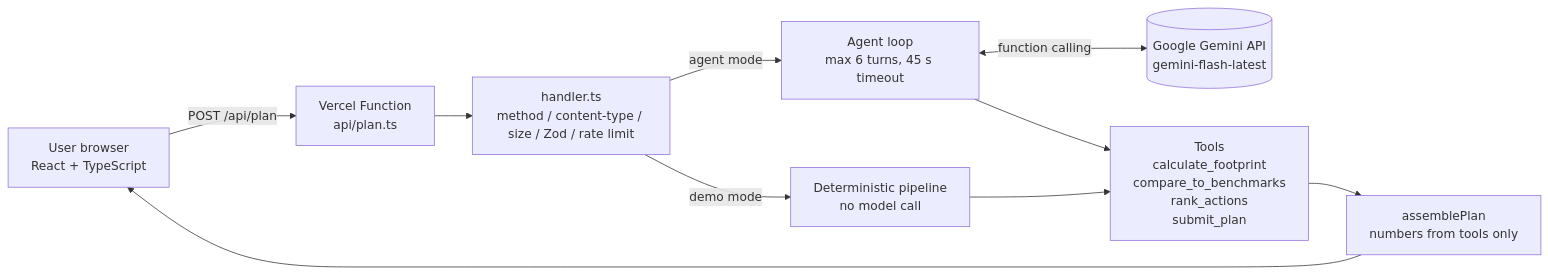
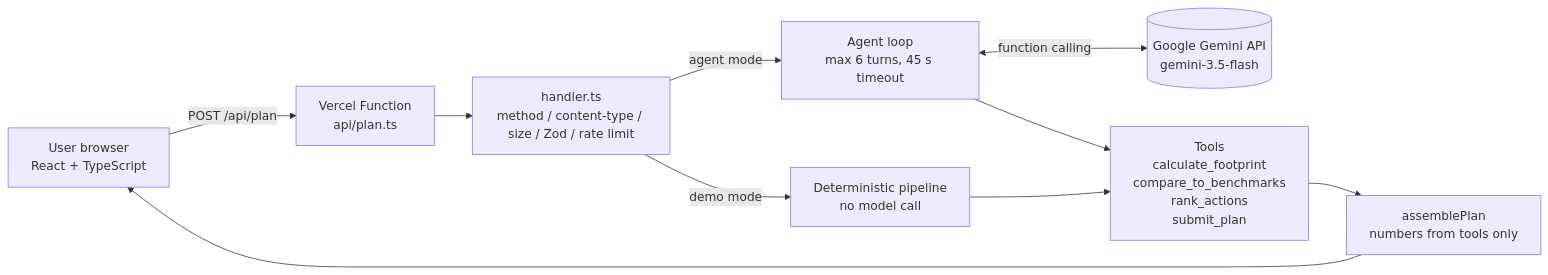
One commit to chinmaymeshram1-wq/promptwar changed the diagram in README.md. Above: the diagram before and after it, drawn with Mermaid. The commit also changed other lines of this file and 2 other files, not shown here.

First line of the commit message:
fix: pin gemini-3.5-flash after benchmarking the full agent

````diff
--- a/README.md
+++ b/README.md
@@ -51,12 +51,12 @@
 ```mermaid
 flowchart LR
     U[User browser<br/>React + TypeScript] -- POST /api/plan --> F[Vercel Function<br/>api/plan.ts]
     F --> H[handler.ts<br/>method / content-type / size / Zod / rate limit]
     H -- demo mode --> D[Deterministic pipeline<br/>no model call]
     H -- agent mode --> A[Agent loop<br/>max 6 turns, 45 s timeout]
-    A <-- function calling --> G[(Google Gemini API<br/>gemini-flash-latest)]
+    A <-- function calling --> G[(Google Gemini API<br/>gemini-3.5-flash)]
     A --> T[Tools<br/>calculate_footprint<br/>compare_to_benchmarks<br/>rank_actions<br/>submit_plan]
     D --> T
     T --> P[assemblePlan<br/>numbers from tools only]
     P --> U
 ```
````
